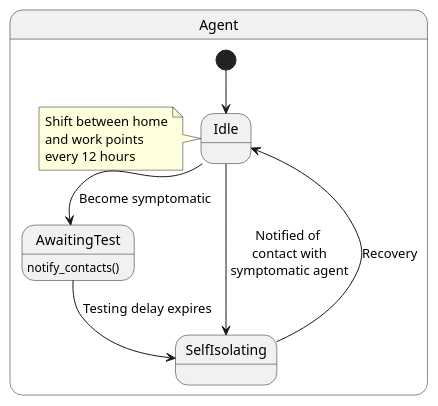
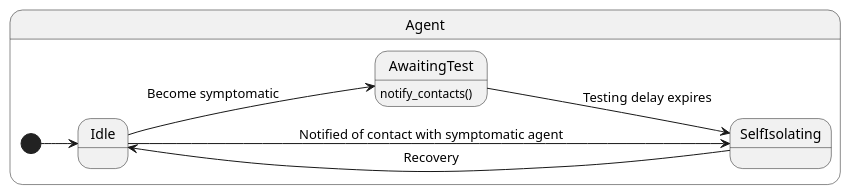
One commit to JoshuaSFryer/multi-agent-sim changed the diagram in doc/uml/src/contact-tracing.puml. Above: the diagram before and after it, drawn with PlantUML. The commit also changed 25 other files, not shown here.

```diff
--- a/doc/uml/src/contact-tracing.puml
+++ b/doc/uml/src/contact-tracing.puml
@@ -1,18 +1,20 @@
 @startuml Model_C_Contact_Tracing
+left to right direction
+skinparam DefaultFontName ArialMT
 
 state Agent {
     [*] -down-> Idle
-    note left of Idle
-        Shift between home
-        and work points
-        every 12 hours
-    end note
+    ' note left of Idle
+    '     Shift between home
+    '     and work points
+    '     every 12 hours
+    ' end note
     Idle --> AwaitingTest : Become symptomatic
-    Idle --> SelfIsolating : Notified of\n contact with\n symptomatic agent
+    Idle --> SelfIsolating : Notified of contact with symptomatic agent
     AwaitingTest : notify_contacts()
     AwaitingTest --> SelfIsolating : Testing delay expires
 
     SelfIsolating --> Idle : Recovery
 }
 
 @enduml
```
